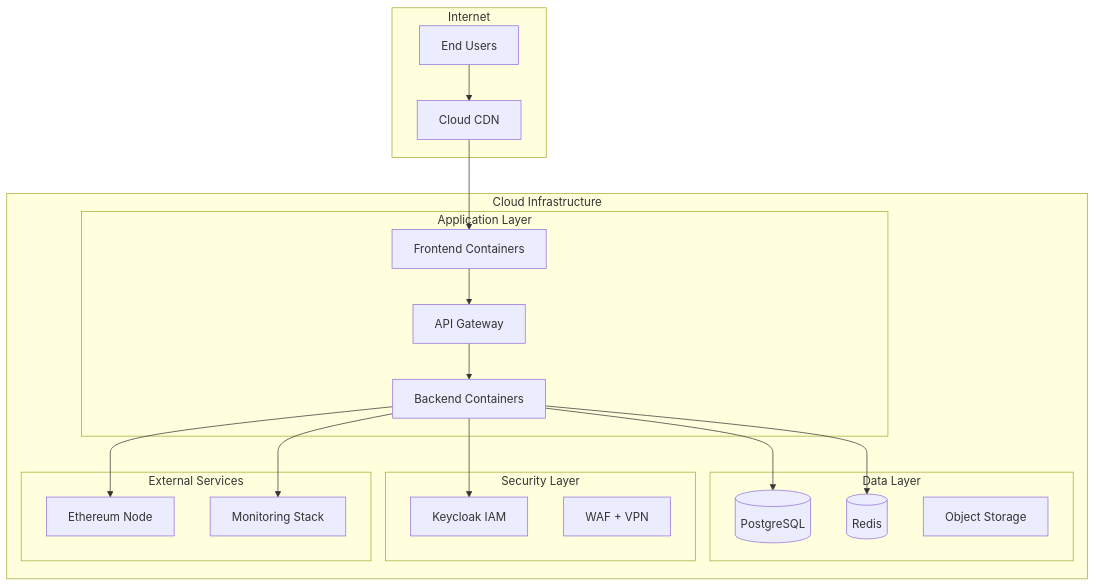
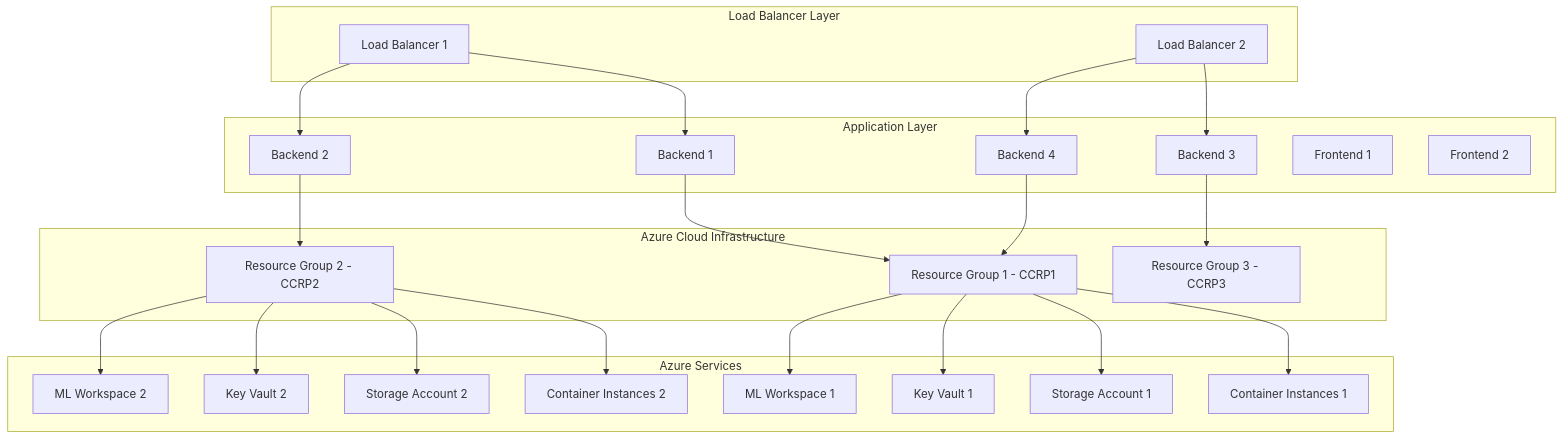
One commit to gitmujoshi/Confidential-AI-Network changed the seventh of 12 diagrams in UML_4PLUS1_ARCHITECTURE_DOCUMENTATION.md. Above: the diagram before and after it, drawn with Mermaid. The commit also changed other lines of this file and 2 other files, not shown here.

First line of the commit message:
docs: Update architecture documentation with Azure integration features

````diff
--- a/UML_4PLUS1_ARCHITECTURE_DOCUMENTATION.md
+++ b/UML_4PLUS1_ARCHITECTURE_DOCUMENTATION.md
@@ -701,41 +528,53 @@
 ```mermaid
 graph TB
-    subgraph "Internet"
-        Users[End Users]
-        CDN[Cloud CDN]
+    subgraph "Load Balancer Layer"
+        LB1[Load Balancer 1]
+        LB2[Load Balancer 2]
     end
     
-    subgraph "Cloud Infrastructure"
-        subgraph "Application Layer"
-            Frontend[Frontend Containers]
-            Backend[Backend Containers]
-            API_GW[API Gateway]
-        end
-        
-        subgraph "Data Layer"
-            Database[(PostgreSQL)]
-            Cache[(Redis)]
-            Storage[Object Storage]
-        end
-        
-        subgraph "Security Layer"
-            IAM[Keycloak IAM]
-            Security[WAF + VPN]
-        end
-        
-        subgraph "External Services"
-            Blockchain[Ethereum Node]
-            Monitoring[Monitoring Stack]
-        end
+    subgraph "Application Layer"
+        BE1[Backend 1]
+        BE2[Backend 2]
+        BE3[Backend 3]
+        BE4[Backend 4]
+        FE1[Frontend 1]
+        FE2[Frontend 2]
     end
     
-    Users --> CDN
-    CDN --> Frontend
-    Frontend --> API_GW
-    API_GW --> Backend
-    Backend --> Database
-    Backend --> Cache
-    Backend --> IAM
-    Backend --> Blockchain
-    Backend --> Monitoring
+    subgraph "Azure Cloud Infrastructure"
+        AzureRG1[Resource Group 1 - CCRP1]
+        AzureRG2[Resource Group 2 - CCRP2]
+        AzureRG3[Resource Group 3 - CCRP3]
+    end
+    
+    subgraph "Azure Services"
+        ACI1[Container Instances 1]
+        ACI2[Container Instances 2]
+        Storage1[Storage Account 1]
+        Storage2[Storage Account 2]
+        KV1[Key Vault 1]
+        KV2[Key Vault 2]
+        ML1[ML Workspace 1]
+        ML2[ML Workspace 2]
+    end
+    
+    LB1 --> BE1
+    LB1 --> BE2
+    LB2 --> BE3
+    LB2 --> BE4
+    
+    BE1 --> AzureRG1
+    BE2 --> AzureRG2
+    BE3 --> AzureRG3
+    BE4 --> AzureRG1
+    
+    AzureRG1 --> ACI1
+    AzureRG1 --> Storage1
+    AzureRG1 --> KV1
+    AzureRG1 --> ML1
+    
+    AzureRG2 --> ACI2
+    AzureRG2 --> Storage2
+    AzureRG2 --> KV2
+    AzureRG2 --> ML2
 ```
````
